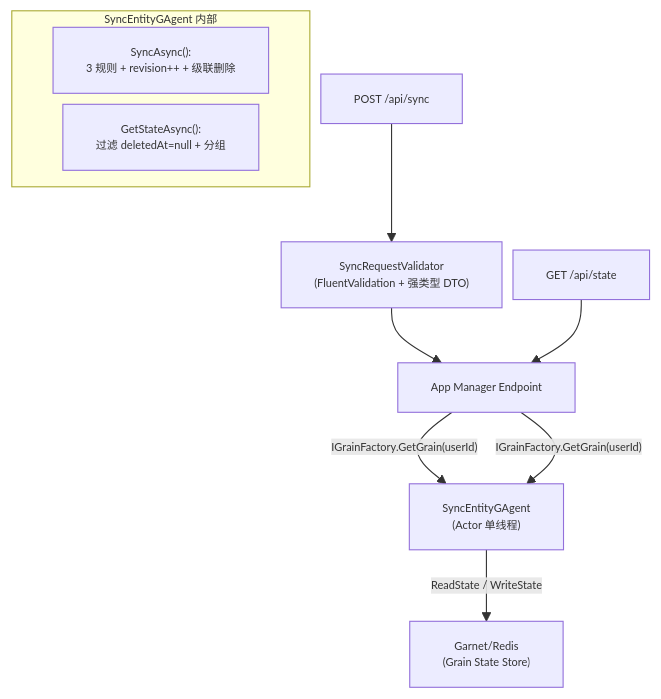
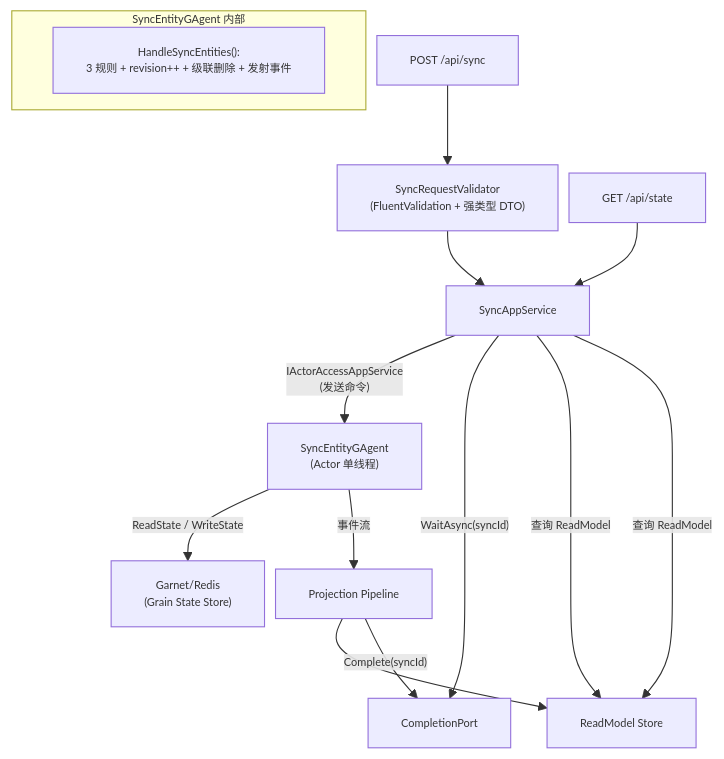
One commit to aevatarAI/aevatar changed diagram 11 of 15 in apps/aevatar-app/docs/refactoring-plan.md. Above: the diagram before and after it, drawn with Mermaid. The commit also changed other lines of this file and 2 other files, not shown here.

Commit message:
docs: add architecture audit and Soul Garden decoupling plan

````diff
--- a/apps/aevatar-app/docs/refactoring-plan.md
+++ b/apps/aevatar-app/docs/refactoring-plan.md
@@ -2100,23 +2354,30 @@
 ```mermaid
 %%{init: {"maxTextSize": 100000, "flowchart": {"useMaxWidth": false, "nodeSpacing": 10, "rankSpacing": 50}, "themeVariables": {"fontSize": "10px"}}}%%
 graph TB
     API["POST /api/sync"]
     VALIDATE["SyncRequestValidator<br/>(FluentValidation + 强类型 DTO)"]
-    GM["App Manager Endpoint"]
+    SYNC_SVC["SyncAppService"]
     UG["SyncEntityGAgent<br/>(Actor 单线程)"]
     STATE_STORE["Garnet/Redis<br/>(Grain State Store)"]
+    PROJ["Projection Pipeline"]
+    RM["ReadModel Store"]
+    CP["CompletionPort"]
 
     API --> VALIDATE
-    VALIDATE --> GM
-    GM -->|"IGrainFactory.GetGrain(userId)"| UG
+    VALIDATE --> SYNC_SVC
+    SYNC_SVC -->|"IActorAccessAppService<br/>(发送命令)"| UG
+    SYNC_SVC -->|"WaitAsync(syncId)"| CP
     UG -->|"ReadState / WriteState"| STATE_STORE
+    UG -->|"事件流"| PROJ
+    PROJ --> RM
+    PROJ -->|"Complete(syncId)"| CP
+    SYNC_SVC -->|"查询 ReadModel"| RM
 
     STATE_API["GET /api/state"]
-    STATE_API --> GM
-    GM -->|"IGrainFactory.GetGrain(userId)"| UG
+    STATE_API --> SYNC_SVC
+    SYNC_SVC -->|"查询 ReadModel"| RM
 
     subgraph "SyncEntityGAgent 内部"
-        SYNC["SyncAsync():<br/>3 规则 + revision++ + 级联删除"]
-        GET_STATE["GetStateAsync():<br/>过滤 deletedAt=null + 分组"]
+        SYNC["HandleSyncEntities():<br/>3 规则 + revision++ + 级联删除 + 发射事件"]
     end
 ```
````
